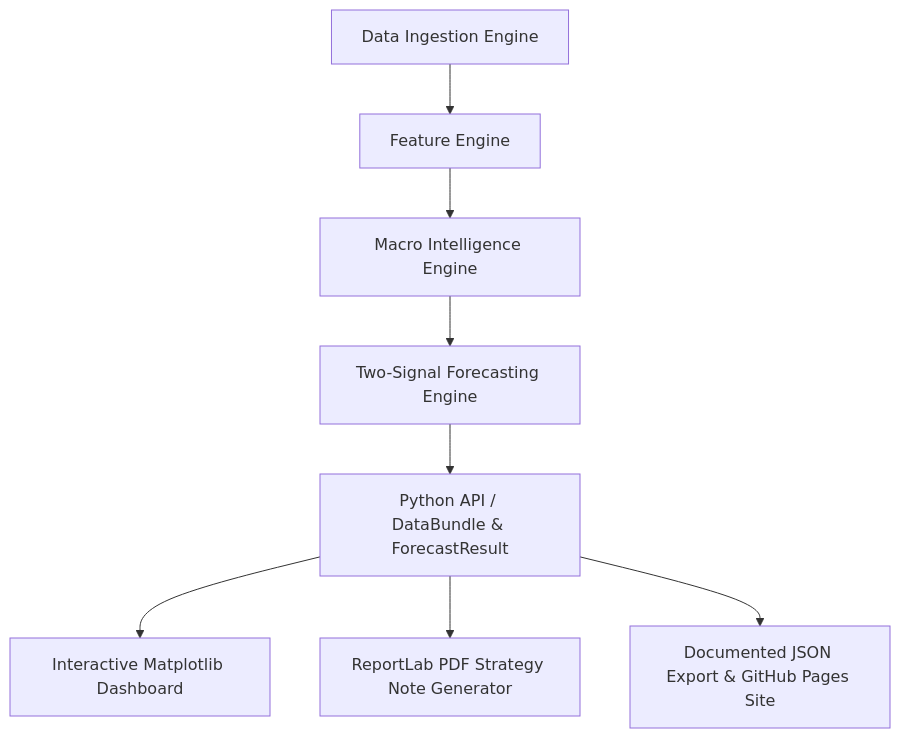
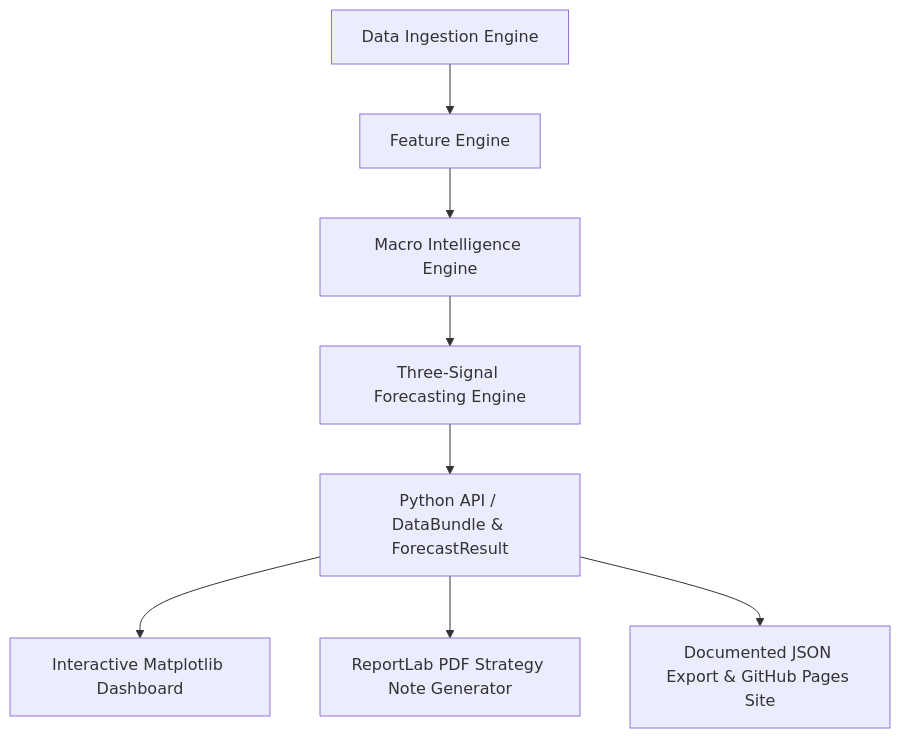
The diagram in README.md (VIJNESH200/macro_intelligence_platform), drawn with Mermaid before and after one commit. The commit also changed other lines of this file and 1 other file, not shown here.

Commit message:
docs: update README architecture diagram, signal consensus notes, and CHANGELOG v2.5.0

````diff
--- a/README.md
+++ b/README.md
@@ -66,10 +68,10 @@
 ```mermaid
 flowchart TD
     A[Data Ingestion Engine] --> B[Feature Engine]
     B --> C[Macro Intelligence Engine]
-    C --> D[Two-Signal Forecasting Engine]
+    C --> D[Three-Signal Forecasting Engine]
     D --> E[Python API / DataBundle & ForecastResult]
     E --> F[Interactive Matplotlib Dashboard]
     E --> G[ReportLab PDF Strategy Note Generator]
     E --> H[Documented JSON Export & GitHub Pages Site]
 ```
````
